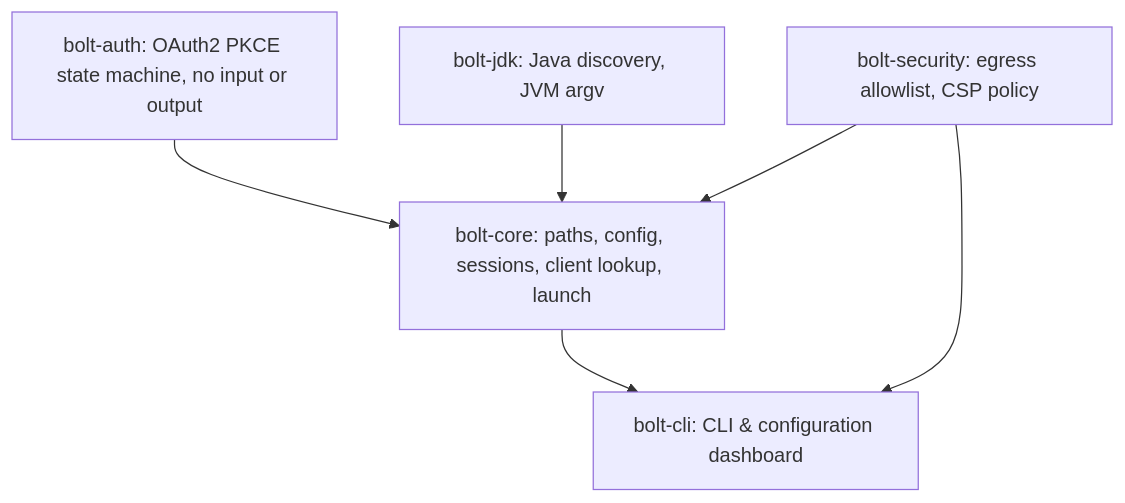
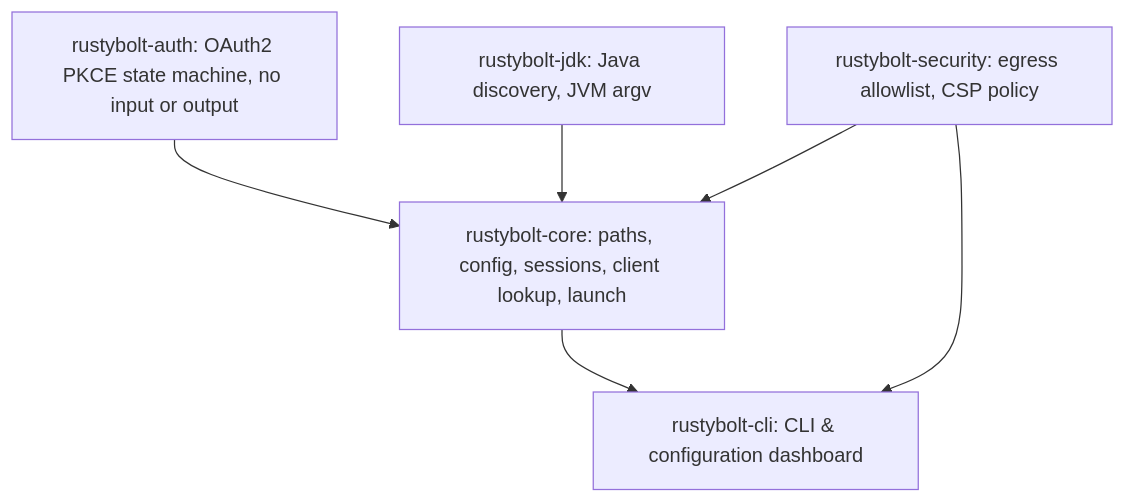
Before and after one commit to nullparity/rustyBolt: the diagram in docs/architecture.md, drawn with Mermaid. The commit also changed other lines of this file and 40 other files, not shown here.

First line of the commit message:
Rename the crates from bolt-* to rustybolt-*

````diff
--- a/docs/architecture.md
+++ b/docs/architecture.md
@@ -5,8 +5,8 @@
 ```mermaid
 graph TD
-    A[bolt-auth: OAuth2 PKCE state machine, no input or output] --> C[bolt-core]
-    B[bolt-jdk: Java discovery, JVM argv] --> C
-    E[bolt-security: egress allowlist, CSP policy] --> C
-    C[bolt-core: paths, config, sessions, client lookup, launch] --> D[bolt-cli: CLI & configuration dashboard]
+    A[rustybolt-auth: OAuth2 PKCE state machine, no input or output] --> C[rustybolt-core]
+    B[rustybolt-jdk: Java discovery, JVM argv] --> C
+    E[rustybolt-security: egress allowlist, CSP policy] --> C
+    C[rustybolt-core: paths, config, sessions, client lookup, launch] --> D[rustybolt-cli: CLI & configuration dashboard]
     E --> D
 ```
````
